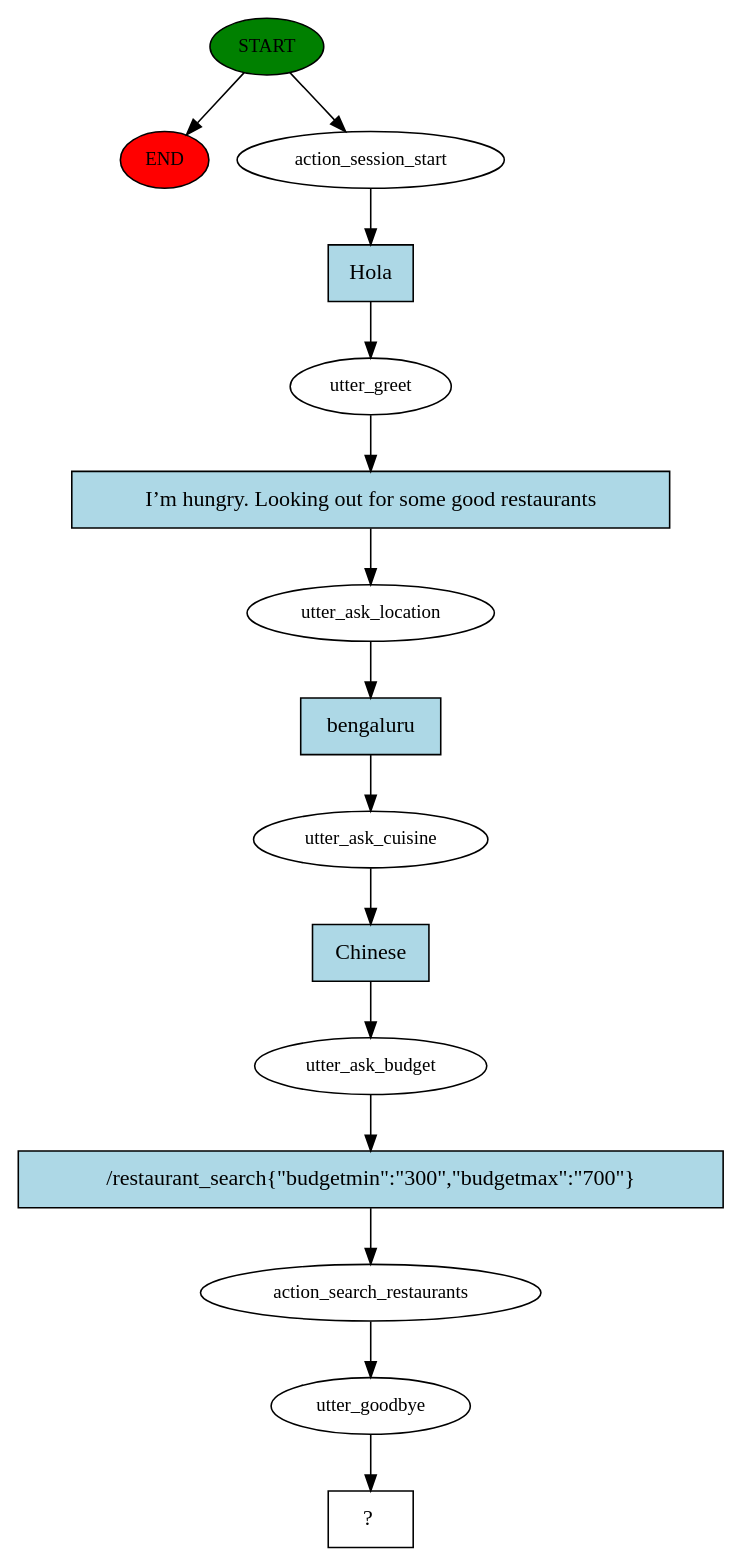
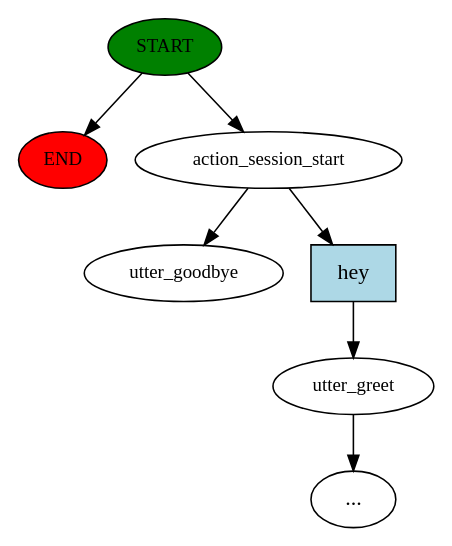
One commit to geetakumri/Foodie_Chatbot changed the diagram in story_graph.dot. Above: the diagram before and after it, drawn with Graphviz. The commit also changed 5 other files, not shown here.

```diff
--- a/story_graph.dot
+++ b/story_graph.dot
@@ -1,32 +1,15 @@
 digraph  {
 0 [class="start active", fillcolor=green, fontsize=12, label=START, style=filled];
 "-1" [class=end, fillcolor=red, fontsize=12, label=END, style=filled];
 1 [class=active, fontsize=12, label=action_session_start];
-2 [class=active, fontsize=12, label=utter_greet];
-3 [class=active, fontsize=12, label=utter_ask_location];
-4 [class=active, fontsize=12, label=utter_ask_cuisine];
-5 [class=active, fontsize=12, label=utter_ask_budget];
-6 [class=active, fontsize=12, label=action_validate_location];
-6 [class=active, fontsize=12, label=action_search_restaurants];
-7 [class=active, fontsize=12, label=utter_goodbye];
-8 [class="intent dashed active", label="  ?  ", shape=rect];
-9 [class="intent active", fillcolor=lightblue, label=Hola, shape=rect, style=filled];
-10 [class="intent active", fillcolor=lightblue, label="I’m hungry. Looking out for some good restaurants", shape=rect, style=filled];
-11 [class="intent active", fillcolor=lightblue, label=bengaluru, shape=rect, style=filled];
-12 [class="intent active", fillcolor=lightblue, label=Chinese, shape=rect, style=filled];
-13 [class="intent active", fillcolor=lightblue, label="/restaurant_search{\"budgetmin\":\"300\",\"budgetmax\":\"700\"}", shape=rect, style=filled];
+2 [class="", fontsize=12, label=utter_greet];
+"-3" [class=ellipsis, label="..."];
+4 [class="dashed active", fontsize=12, label=utter_goodbye];
+5 [class=intent, fillcolor=lightblue, label=hey, shape=rect, style=filled];
 0 -> "-1"  [class="", key=NONE, label=""];
 0 -> 1  [class=active, key=NONE, label=""];
-1 -> 9  [class=active, key=0];
-2 -> 10  [class=active, key=0];
-3 -> 11  [class=active, key=0];
-4 -> 12  [class=active, key=0];
-5 -> 13  [class=active, key=0];
-6 -> 7  [class=active, key=NONE, label=""];
-7 -> 8  [class=active, key=NONE, label=""];
-9 -> 2  [class=active, key=0];
-10 -> 3  [class=active, key=0];
-11 -> 4  [class=active, key=0];
-12 -> 5  [class=active, key=0];
-13 -> 6  [class=active, key=0];
+1 -> 4  [class=active, key=NONE, label=""];
+1 -> 5  [class="", key=0];
+2 -> "-3"  [class="", key=NONE, label=""];
+5 -> 2  [class="", key=0];
 }
```
